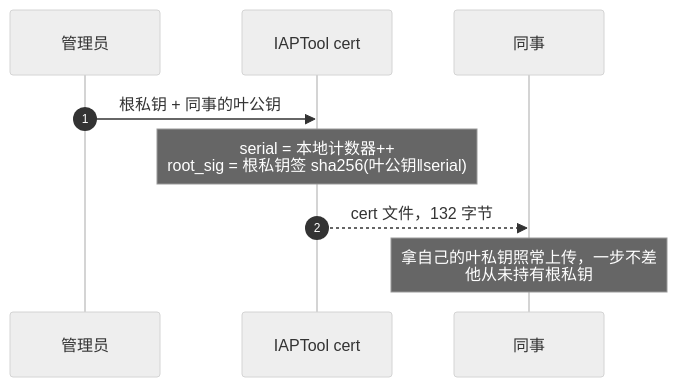
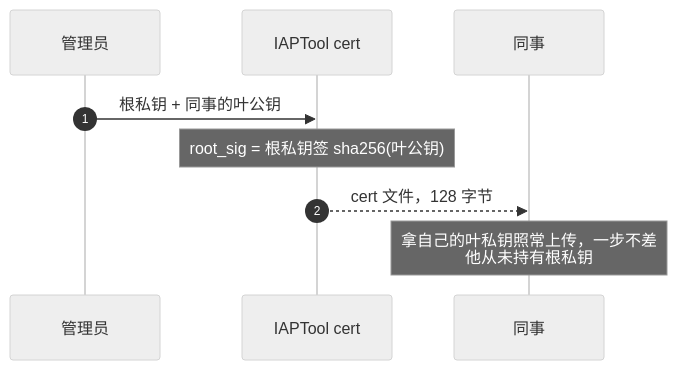
The third of 5 diagrams in docs/modules/M2-ownership.md (haliboteda/OpenPLC_Docs), drawn with Mermaid (neutral theme) before and after one commit. The commit also changed other lines of this file and 24 other files, not shown here.

````diff
--- a/docs/modules/M2-ownership.md
+++ b/docs/modules/M2-ownership.md
@@ -74,11 +74,11 @@
 ```mermaid
 sequenceDiagram
     autonumber
     participant A as 管理员
     participant T as IAPTool cert
     participant C as 同事
     A->>T: 根私钥 + 同事的叶公钥
-    Note over T: serial = 本地计数器++<br/>root_sig = 根私钥签 sha256(叶公钥‖serial)
-    T-->>C: cert 文件，132 字节
+    Note over T: root_sig = 根私钥签 sha256(叶公钥)
+    T-->>C: cert 文件，128 字节
     Note over C: 拿自己的叶私钥照常上传，一步不差<br/>他从未持有根私钥
 ```
````
